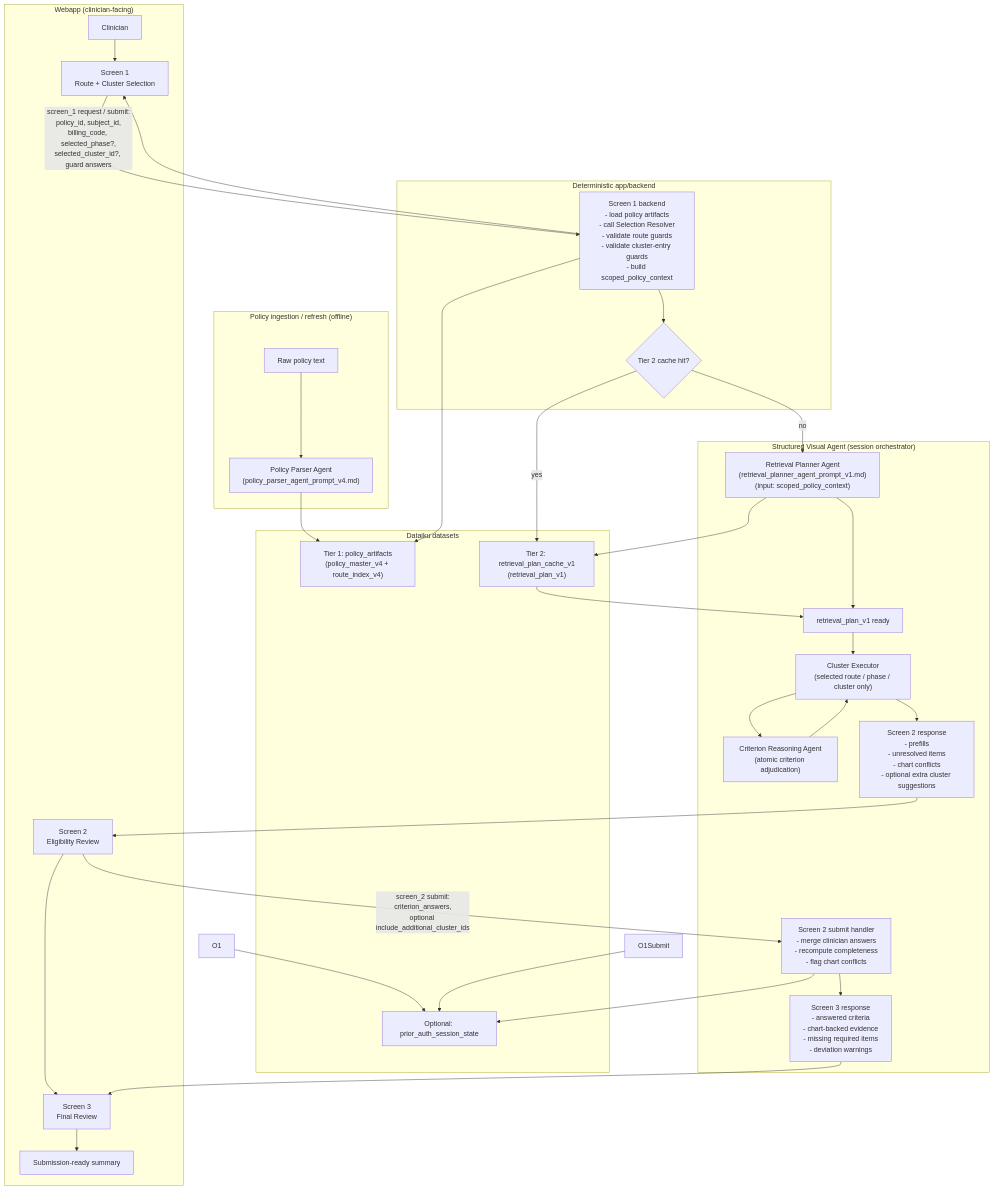
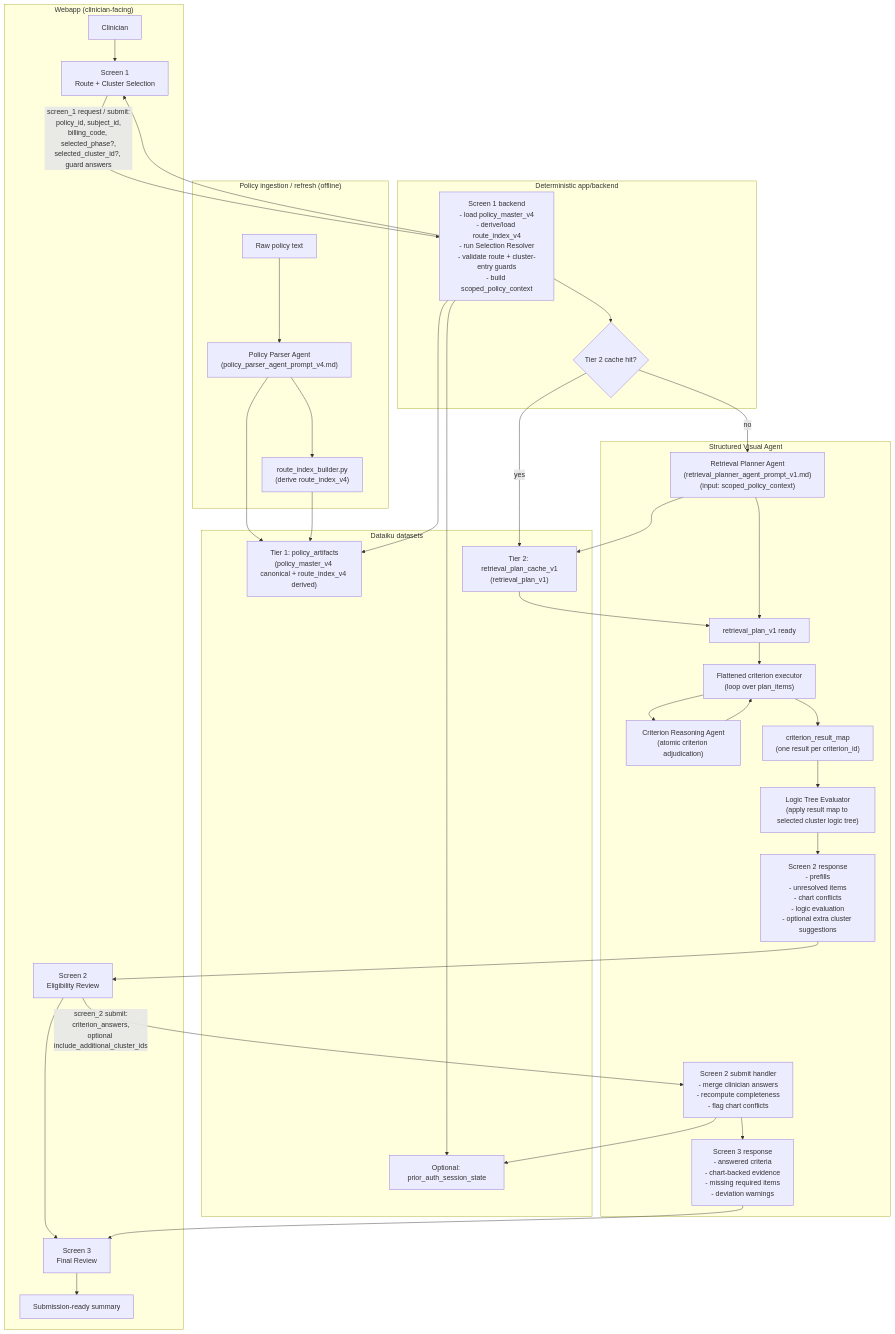
The diagram in scripts/production/prior-auth_assistant_flowchart.md (lhfudataiku/demo-prior-auth), drawn with Mermaid before and after one commit. The commit also changed other lines of this file and 23 other files, not shown here.

````diff
--- a/scripts/production/prior-auth_assistant_flowchart.md
+++ b/scripts/production/prior-auth_assistant_flowchart.md
@@ -3,25 +3,18 @@
 ```mermaid
 flowchart TD
-  %% =========================
-  %% Data Stores
-  %% =========================
   subgraph Stores["Dataiku datasets"]
-    Tier1["Tier 1: policy_artifacts\n(policy_master_v4 + route_index_v4)"]
+    Tier1["Tier 1: policy_artifacts\n(policy_master_v4 canonical + route_index_v4 derived)"]
     Tier2["Tier 2: retrieval_plan_cache_v1\n(retrieval_plan_v1)"]
     SessionDS["Optional: prior_auth_session_state"]
   end
 
-  %% =========================
-  %% Ingestion / Canonical Tier
-  %% =========================
   subgraph Ingestion["Policy ingestion / refresh (offline)"]
     RawPolicy["Raw policy text"] --> Parser["Policy Parser Agent\n(policy_parser_agent_prompt_v4.md)"]
+    Parser --> Builder["route_index_builder.py\n(derive route_index_v4)"]
     Parser --> Tier1
+    Builder --> Tier1
   end
 
-  %% =========================
-  %% Runtime Session (Webapp)
-  %% =========================
   subgraph Webapp["Webapp (clinician-facing)"]
     Clinician["Clinician"]
     S1["Screen 1\nRoute + Cluster Selection"]
@@ -34,39 +27,29 @@
     S3 --> Done
   end
 
-  %% =========================
-  %% Deterministic app/backend
-  %% =========================
   subgraph Backend["Deterministic app/backend"]
-    B1["Screen 1 backend\n- load policy artifacts\n- call Selection Resolver\n- validate route guards\n- validate cluster-entry guards\n- build scoped_policy_context"]
+    B1["Screen 1 backend\n- load policy_master_v4\n- derive/load route_index_v4\n- run Selection Resolver\n- validate route + cluster-entry guards\n- build scoped_policy_context"]
     CacheLookup{"Tier 2 cache hit?"}
   end
 
-  %% =========================
-  %% Backend Orchestrator
-  %% =========================
-  subgraph Orchestrator["Structured Visual Agent (session orchestrator)"]
+  subgraph Orchestrator["Structured Visual Agent"]
     Planner["Retrieval Planner Agent\n(retrieval_planner_agent_prompt_v1.md)\n(input: scoped_policy_context)"]
     PlanLoaded["retrieval_plan_v1 ready"]
 
-    Exec["Cluster Executor\n(selected route / phase / cluster only)"]
+    Exec["Flattened criterion executor\n(loop over plan_items)"]
     Reasoner["Criterion Reasoning Agent\n(atomic criterion adjudication)"]
-    O2Resp["Screen 2 response\n- prefills\n- unresolved items\n- chart conflicts\n- optional extra cluster suggestions"]
+    ResultMap["criterion_result_map\n(one result per criterion_id)"]
+    LogicEval["Logic Tree Evaluator\n(apply result map to selected cluster logic tree)"]
+    O2Resp["Screen 2 response\n- prefills\n- unresolved items\n- chart conflicts\n- logic evaluation\n- optional extra cluster suggestions"]
 
     O2Submit["Screen 2 submit handler\n- merge clinician answers\n- recompute completeness\n- flag chart conflicts"]
     O3Resp["Screen 3 response\n- answered criteria\n- chart-backed evidence\n- missing required items\n- deviation warnings"]
   end
 
-  %% =========================
-  %% Screen 1 request / response
-  %% =========================
   S1 -->|"screen_1 request / submit:\npolicy_id, subject_id,\nbilling_code, selected_phase?,\nselected_cluster_id?, guard answers"| B1
   B1 --> Tier1
   B1 --> S1
 
-  %% =========================
-  %% Screen 1 handoff to agent layer
-  %% =========================
   B1 --> CacheLookup
   CacheLookup -->|yes| Tier2
   Tier2 --> PlanLoaded
@@ -74,26 +57,18 @@
   Planner --> Tier2
   Planner --> PlanLoaded
 
-  %% =========================
-  %% Screen 2 execution
-  %% =========================
   PlanLoaded --> Exec
   Exec --> Reasoner
   Reasoner --> Exec
-  Exec --> O2Resp
+  Exec --> ResultMap
+  ResultMap --> LogicEval
+  LogicEval --> O2Resp
   O2Resp --> S2
 
-  %% =========================
-  %% Screen 2 submit / review
-  %% =========================
   S2 -->|"screen_2 submit:\ncriterion_answers,\noptional include_additional_cluster_ids"| O2Submit
   O2Submit --> O3Resp
   O3Resp --> S3
 
-  %% =========================
-  %% Optional session persistence
-  %% =========================
-  O1 --> SessionDS
-  O1Submit --> SessionDS
+  B1 --> SessionDS
   O2Submit --> SessionDS
 ```
````
